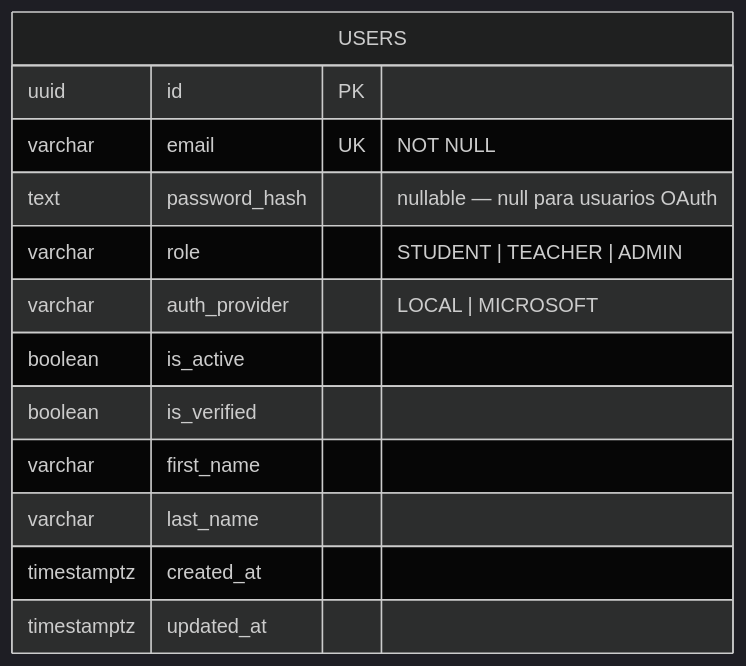
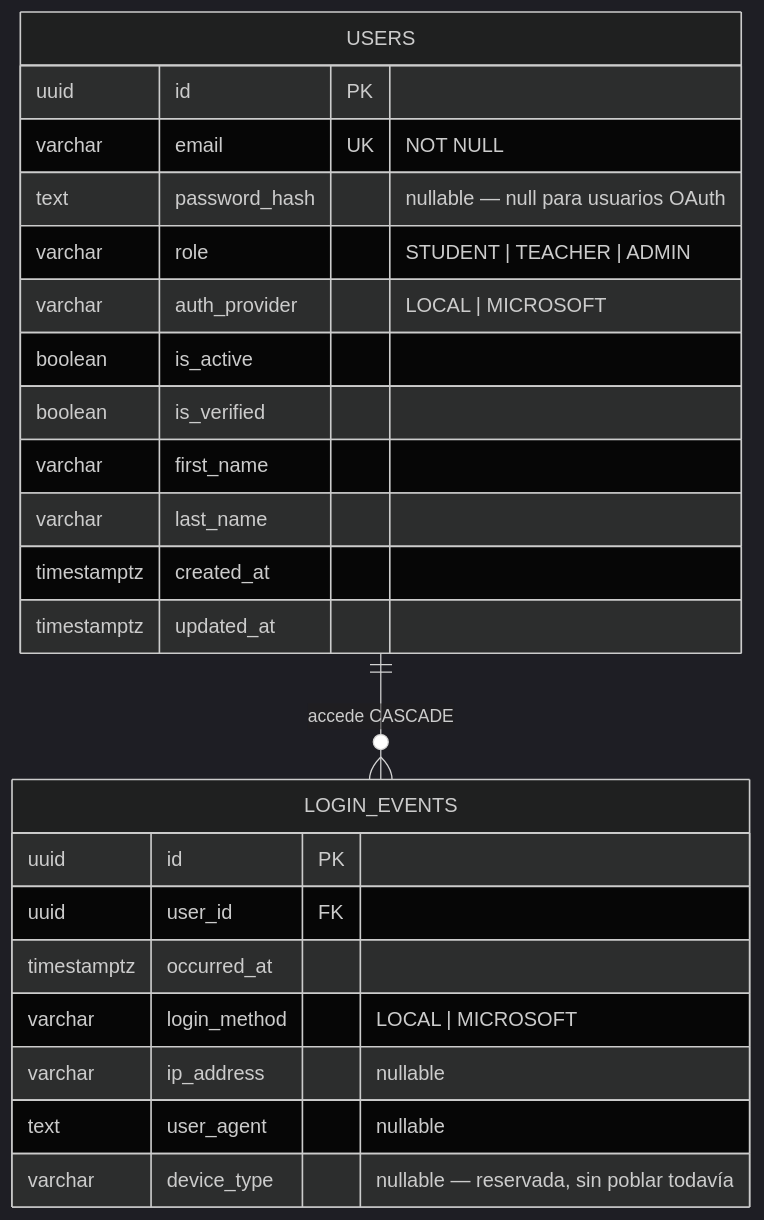
The second of 6 diagrams in docs/database/entity-relationship-diagram.md (MentoraPredict/MentoraPredict), drawn with Mermaid (dark theme) before and after one commit. The commit also changed other lines of this file and 2 other files, not shown here.

````diff
--- a/docs/database/entity-relationship-diagram.md
+++ b/docs/database/entity-relationship-diagram.md
@@ -385,16 +481,28 @@
 ```mermaid
 erDiagram
     USERS {
         uuid id PK
         varchar email UK "NOT NULL"
         text password_hash "nullable — null para usuarios OAuth"
         varchar role "STUDENT | TEACHER | ADMIN"
         varchar auth_provider "LOCAL | MICROSOFT"
         boolean is_active
         boolean is_verified
         varchar first_name
         varchar last_name
         timestamptz created_at
         timestamptz updated_at
     }
+
+    LOGIN_EVENTS {
+        uuid id PK
+        uuid user_id FK
+        timestamptz occurred_at
+        varchar login_method "LOCAL | MICROSOFT"
+        varchar ip_address "nullable"
+        text user_agent "nullable"
+        varchar device_type "nullable — reservada, sin poblar todavía"
+    }
+
+    USERS ||--o{ LOGIN_EVENTS : "accede CASCADE"
 ```
````
